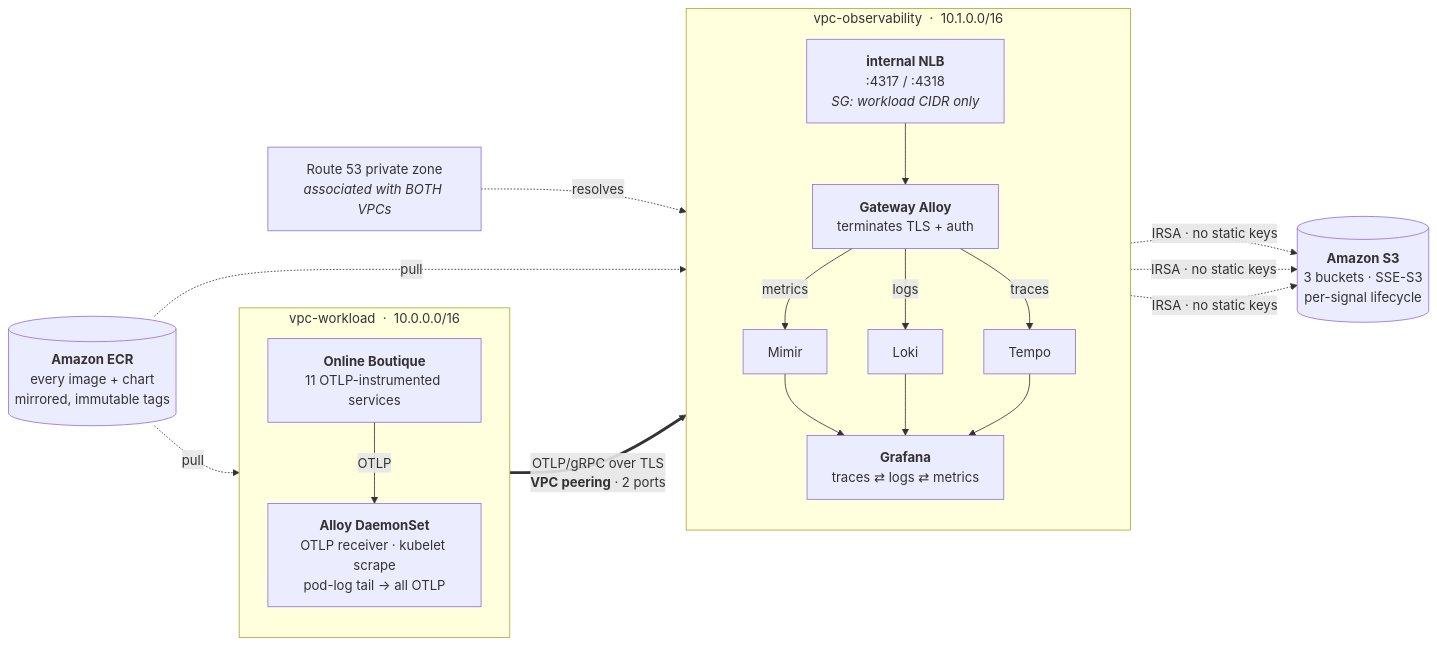
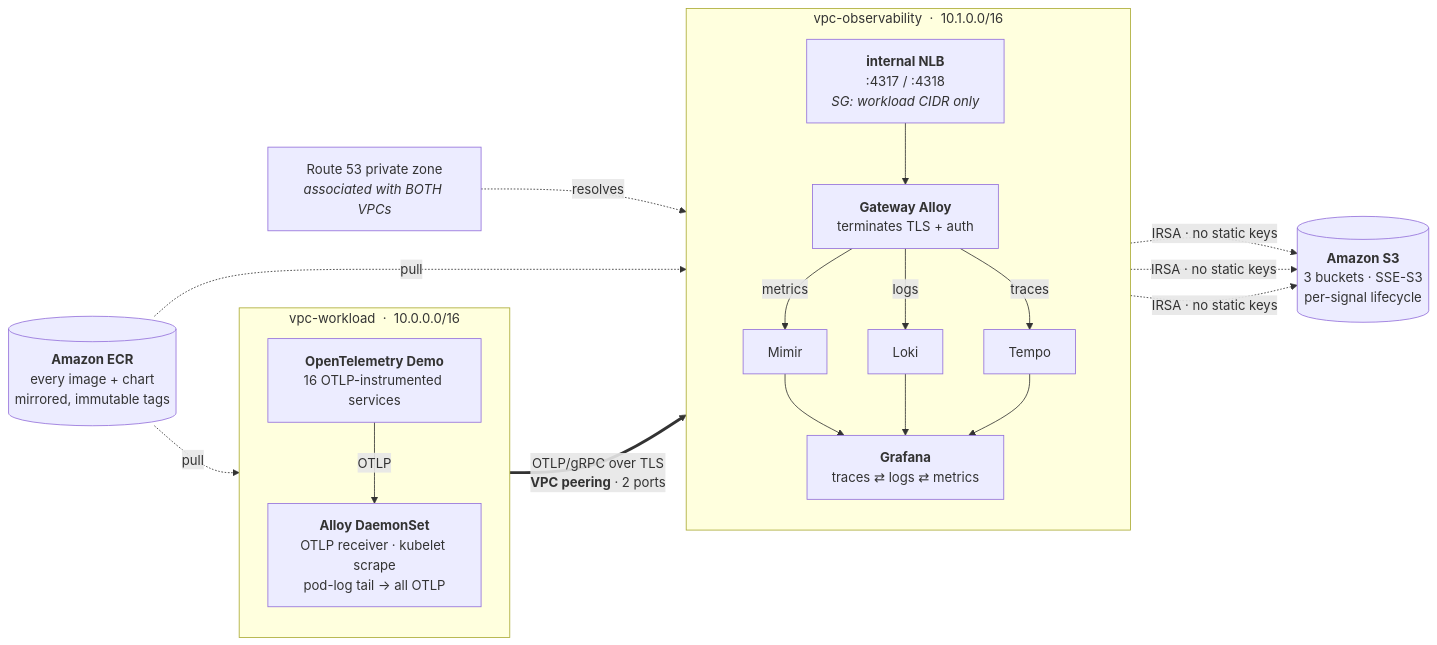
One commit to MuhammadMarmash/eks-multi-cluster-observability changed the first of 2 diagrams in README.md. Above: the diagram before and after it, drawn with Mermaid. The commit also changed other lines of this file and 13 other files, not shown here.

````diff
--- a/README.md
+++ b/README.md
@@ -23,34 +23,34 @@
 ```mermaid
 flowchart LR
   subgraph A["vpc-workload &nbsp;·&nbsp; 10.0.0.0/16"]
     direction TB
-    BQ["<b>Online Boutique</b><br/>11 OTLP-instrumented services"]
+    BQ["<b>OpenTelemetry Demo</b><br/>16 OTLP-instrumented services"]
     AG["<b>Alloy DaemonSet</b><br/>OTLP receiver · kubelet scrape<br/>pod-log tail → all OTLP"]
     BQ -- OTLP --> AG
   end
 
   subgraph B["vpc-observability &nbsp;·&nbsp; 10.1.0.0/16"]
     direction TB
     NLB["<b>internal NLB</b><br/>:4317 / :4318<br/><i>SG: workload CIDR only</i>"]
     GW["<b>Gateway Alloy</b><br/>terminates TLS + auth"]
     MI["Mimir"]
     LO["Loki"]
     TE["Tempo"]
     GF["<b>Grafana</b><br/>traces ⇄ logs ⇄ metrics"]
     NLB --> GW
     GW -- metrics --> MI
     GW -- logs --> LO
     GW -- traces --> TE
     MI & LO & TE --> GF
   end
 
   S3[("<b>Amazon S3</b><br/>3 buckets · SSE-S3<br/>per-signal lifecycle")]
   ECR[("<b>Amazon ECR</b><br/>every image + chart<br/>mirrored, immutable tags")]
   R53["Route 53 private zone<br/><i>associated with BOTH VPCs</i>"]
 
   AG == "OTLP/gRPC over TLS<br/><b>VPC peering</b> · 2 ports" ==> NLB
   MI & LO & TE -. "IRSA · no static keys" .-> S3
   R53 -.->|resolves| NLB
   ECR -.->|pull| A
   ECR -.->|pull| B
 ```
````
